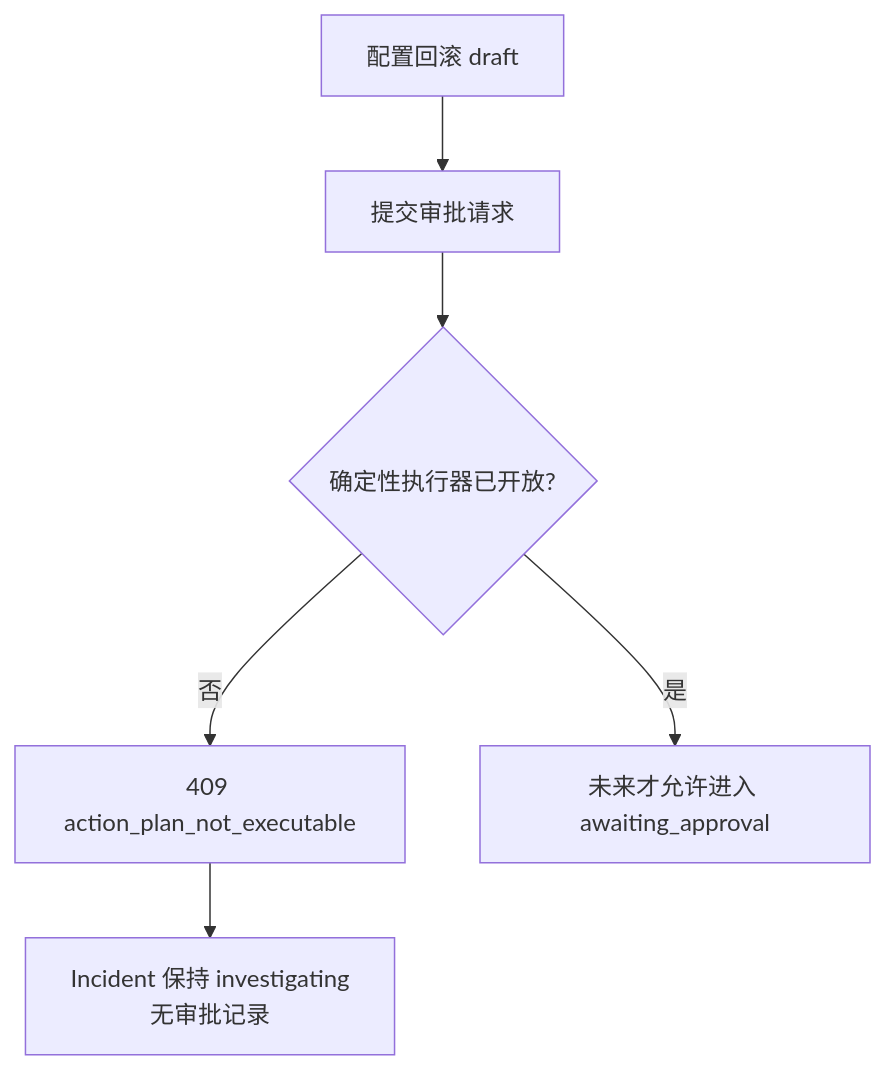
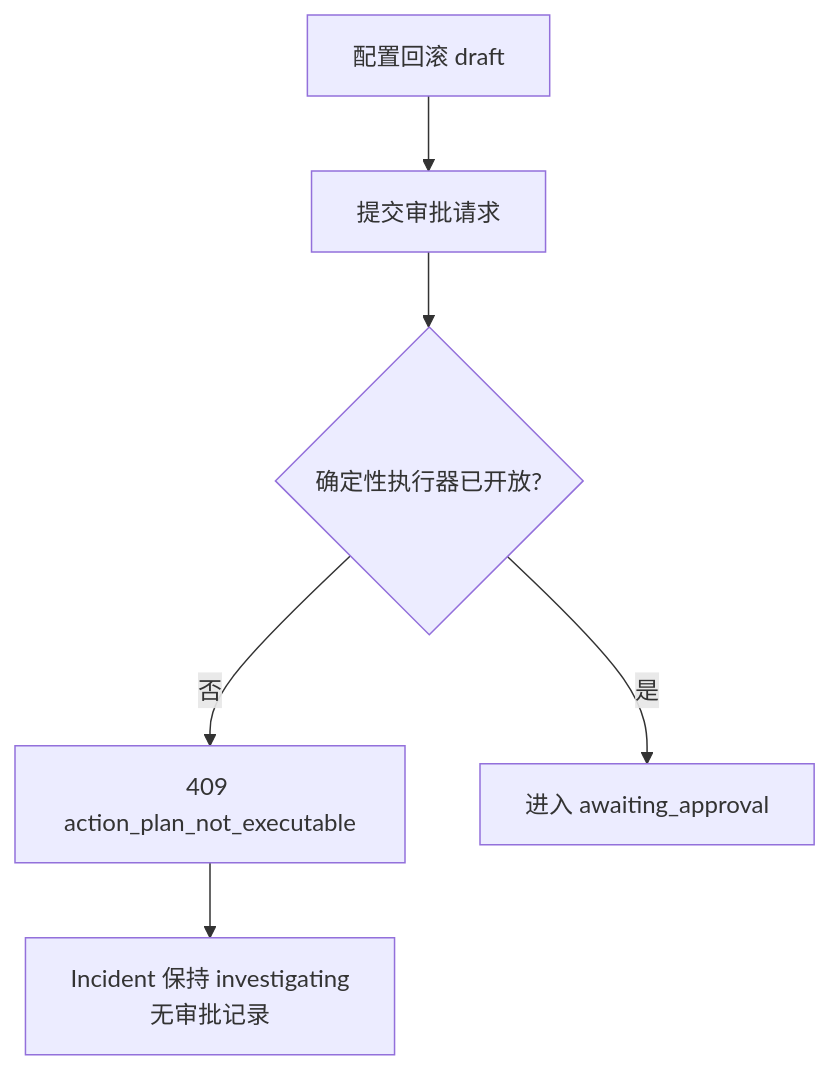
One commit to kill-t/ops-swarm changed the second of 2 diagrams in docs/architecture/30-database-pool-configuration-plan.md. Above: the diagram before and after it, drawn with Mermaid. The commit also changed other lines of this file and 30 other files, not shown here.

````diff
--- a/docs/architecture/30-database-pool-configuration-plan.md
+++ b/docs/architecture/30-database-pool-configuration-plan.md
@@ -91,8 +91,8 @@
 ```mermaid
 flowchart TD
     draft[配置回滚 draft] --> request[提交审批请求]
     request --> executable{确定性执行器已开放?}
     executable -->|否| blocked[409 action_plan_not_executable]
     blocked --> unchanged[Incident 保持 investigating<br/>无审批记录]
-    executable -->|是| approval[未来才允许进入 awaiting_approval]
+    executable -->|是| approval[进入 awaiting_approval]
 ```
````
